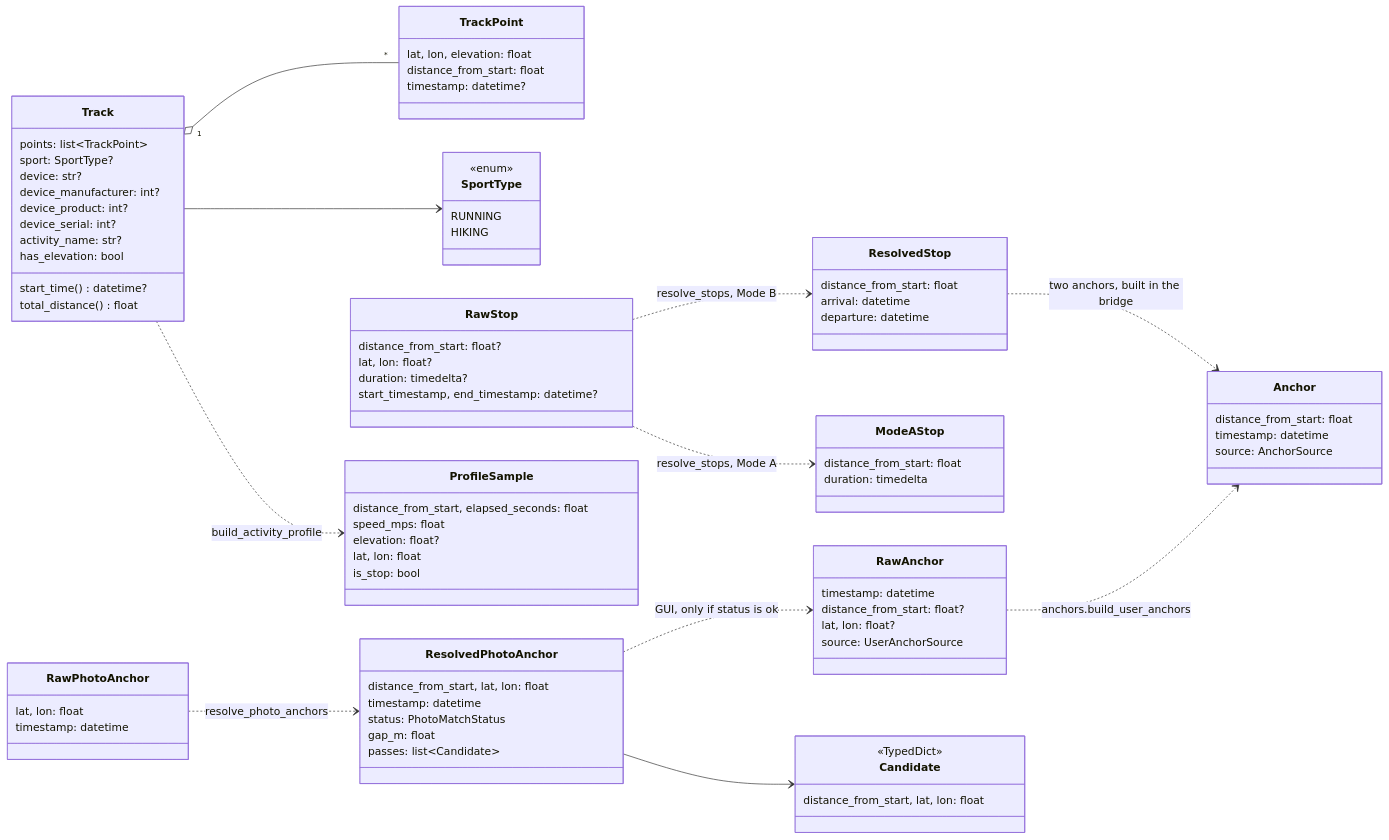
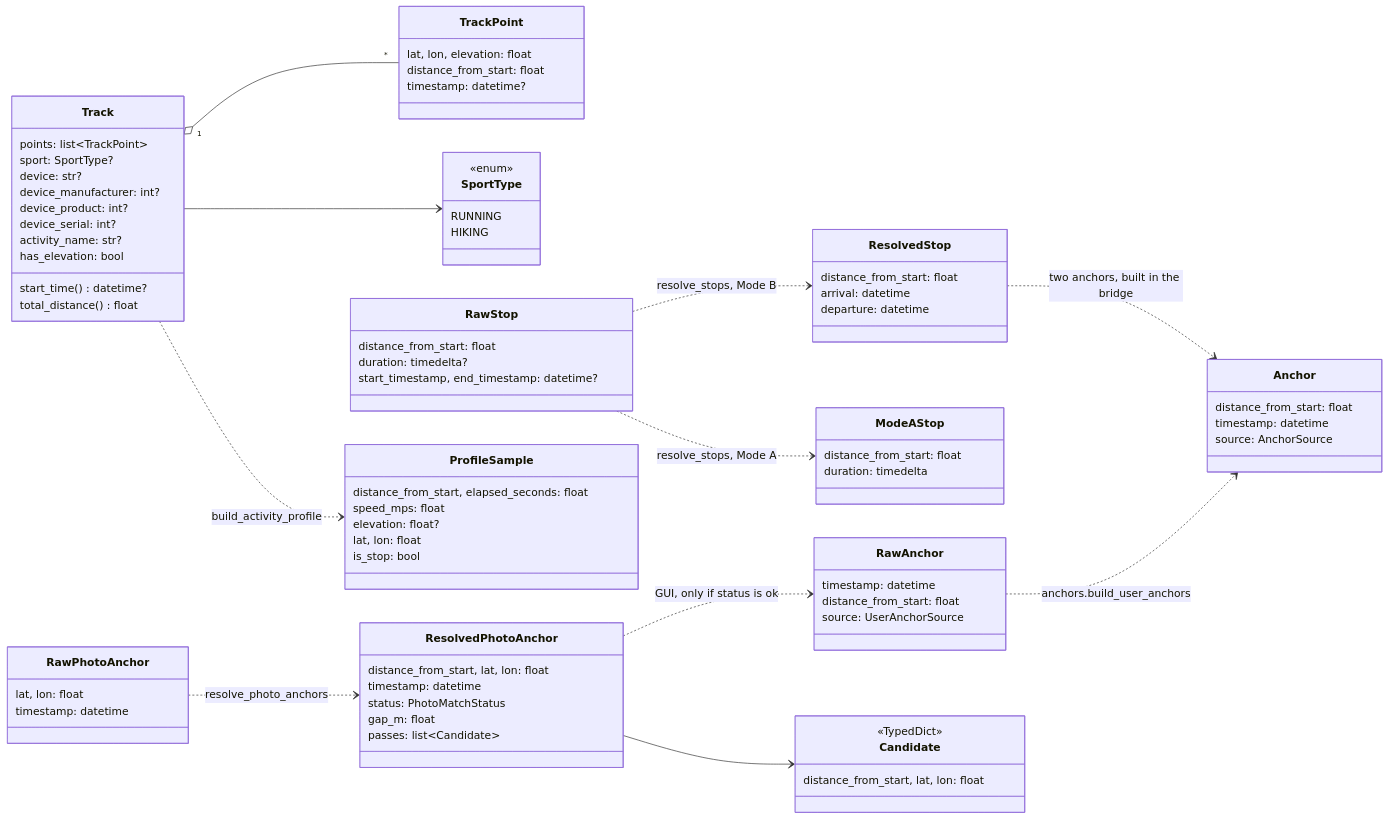
The first of 11 diagrams in docs/CORE_ARCHITECTURE.md (martin-iflap/GPX_to_FIT), drawn with Mermaid before and after one commit. The commit also changed other lines of this file and 16 other files, not shown here.

Commit message:
2/2 of backend architecture, bug and performance checks and fixes (was actually 3 commits).

```diff
--- a/docs/CORE_ARCHITECTURE.md
+++ b/docs/CORE_ARCHITECTURE.md
@@ -54,13 +54,11 @@
   }
   class RawAnchor {
     timestamp: datetime
-    distance_from_start: float?
-    lat, lon: float?
+    distance_from_start: float
     source: UserAnchorSource
   }
   class RawStop {
-    distance_from_start: float?
-    lat, lon: float?
+    distance_from_start: float
     duration: timedelta?
     start_timestamp, end_timestamp: datetime?
   }
```
